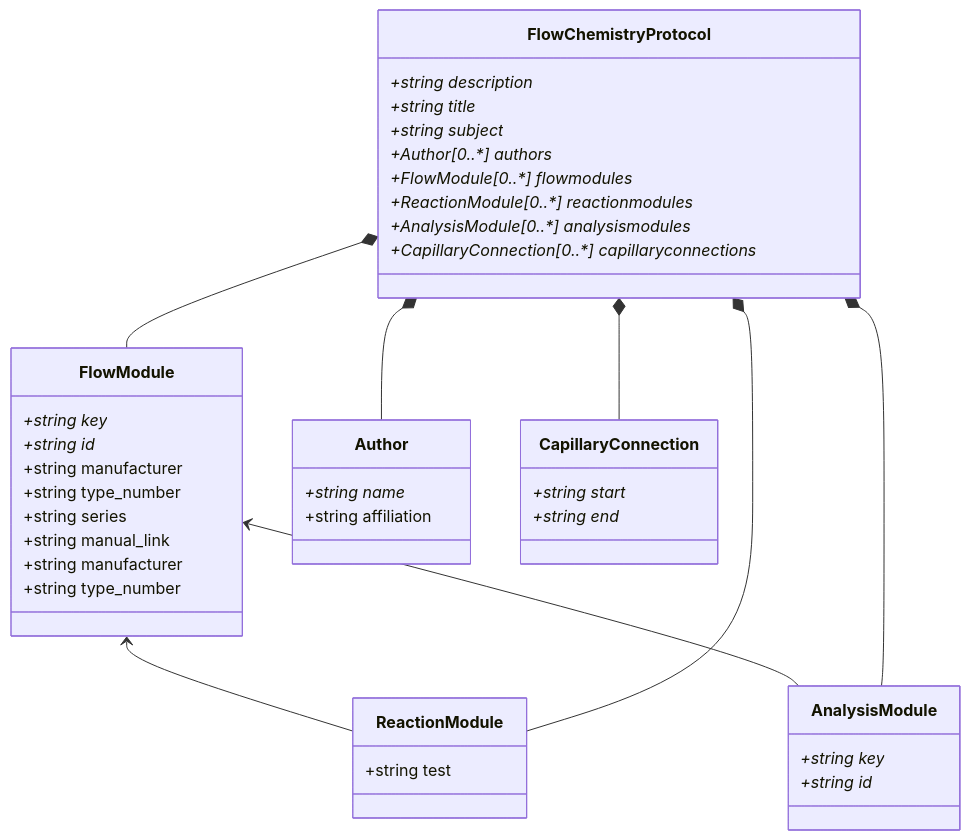
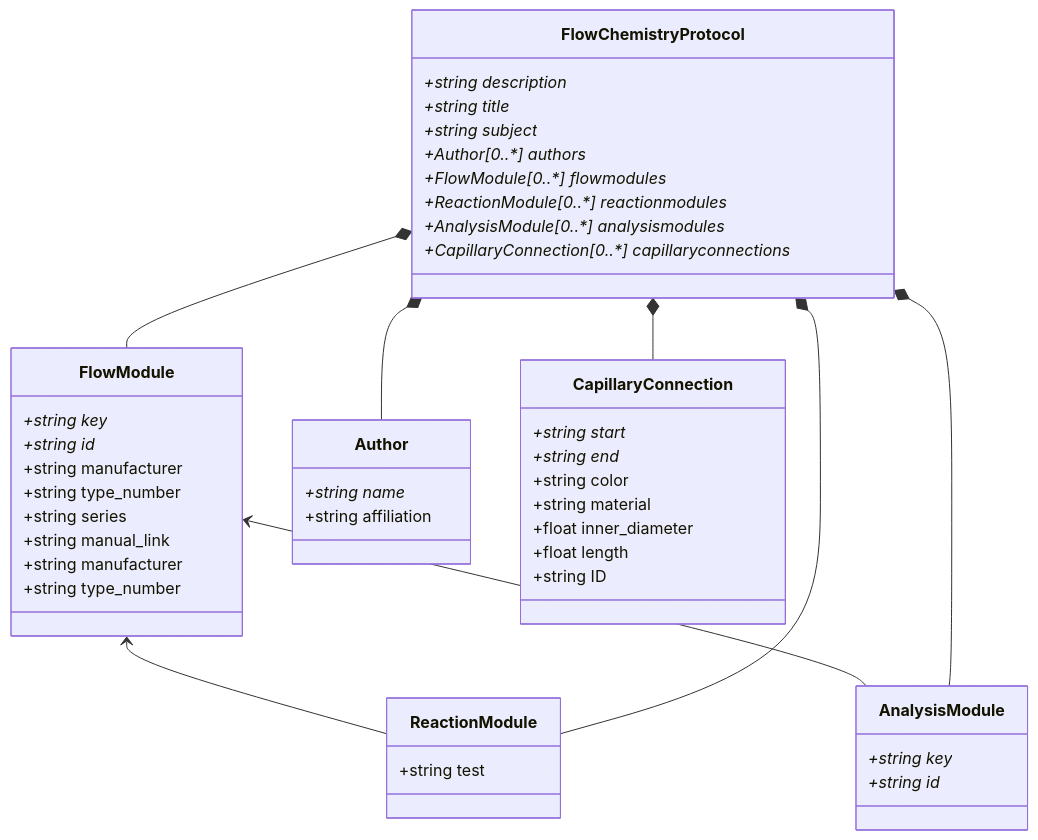
One commit to C-Kessler/sdrdm-flowchem-B2 changed the diagram in pyDataset/schemes/Dataset.md. Above: the diagram before and after it, drawn with Mermaid. The commit also changed 4 other files, not shown here.

````diff
--- a/pyDataset/schemes/Dataset.md
+++ b/pyDataset/schemes/Dataset.md
@@ -1,52 +1,57 @@
 ```mermaid
 classDiagram
     FlowModule <-- ReactionModule
     FlowModule <-- AnalysisModule
     FlowChemistryProtocol *-- Author
     FlowChemistryProtocol *-- FlowModule
     FlowChemistryProtocol *-- ReactionModule
     FlowChemistryProtocol *-- AnalysisModule
     FlowChemistryProtocol *-- CapillaryConnection
     
     class FlowChemistryProtocol {
         +string description*
         +string title*
         +string subject*
         +Author[0..*] authors*
         +FlowModule[0..*] flowmodules*
         +ReactionModule[0..*] reactionmodules*
         +AnalysisModule[0..*] analysismodules*
         +CapillaryConnection[0..*] capillaryconnections*
     }
     
     class Author {
         +string name*
         +string affiliation
     }
     
     class CapillaryConnection {
         +string start*
         +string end*
+        +string color
+        +string material
+        +float inner_diameter
+        +float length
+        +string ID
     }
     
     class FlowModule {
         +string key*
         +string id*
         +string manufacturer
         +string type_number
         +string series
         +string manual_link
         +string manufacturer
         +string type_number
     }
     
     class ReactionModule {
         +string test
     }
     
     class AnalysisModule {
         +string key*
         +string id*
     }
     
 ```
````
